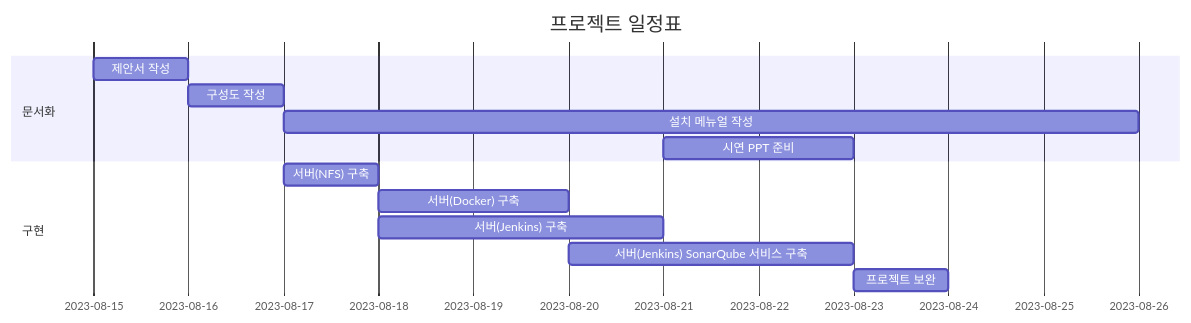
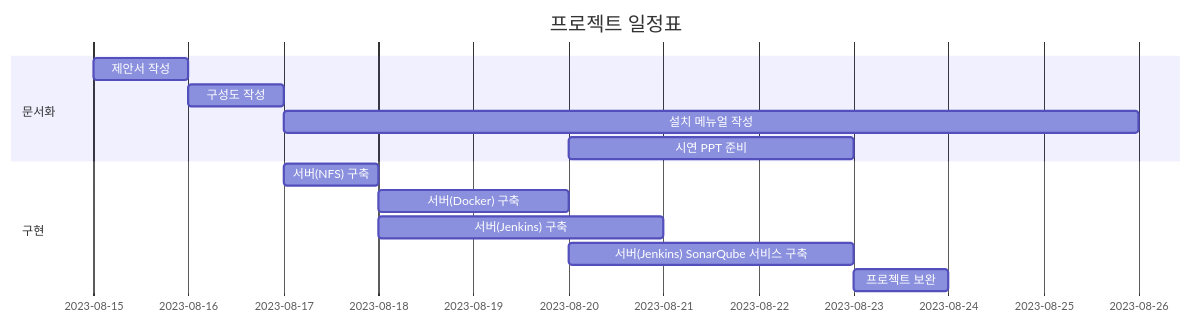
One commit to KimJeongHoon190/First_Project changed the diagram in README.md. Above: the diagram before and after it, drawn with Mermaid.

````diff
--- a/README.md
+++ b/README.md
@@ -3,18 +3,18 @@
 ```mermaid
 gantt
     title 프로젝트 일정표
     dateFormat  YYYY-MM-DD
     section 문서화
     제안서 작성  : a1, 2023-08-15, 1d
     구성도 작성  : after a1, 1d
     설치 메뉴얼 작성 : after a1, 2023-08-17, 9d
-    시연 PPT 준비 : after a1, 2023-08-21, 2d
+    시연 PPT 준비 : after a1, 2023-08-20, 3d
    
 
     section 구현
     서버(NFS) 구축  : b1, 2023-08-17, 1d
     서버(Docker) 구축: b2, 2023-08-18, 2d
     서버(Jenkins) 구축 :after b1, 3d
     서버(Jenkins) SonarQube 서비스 구축: b3, 2023-08-20, 3d
     프로젝트 보완 : after b3, 1d
 ```
````
